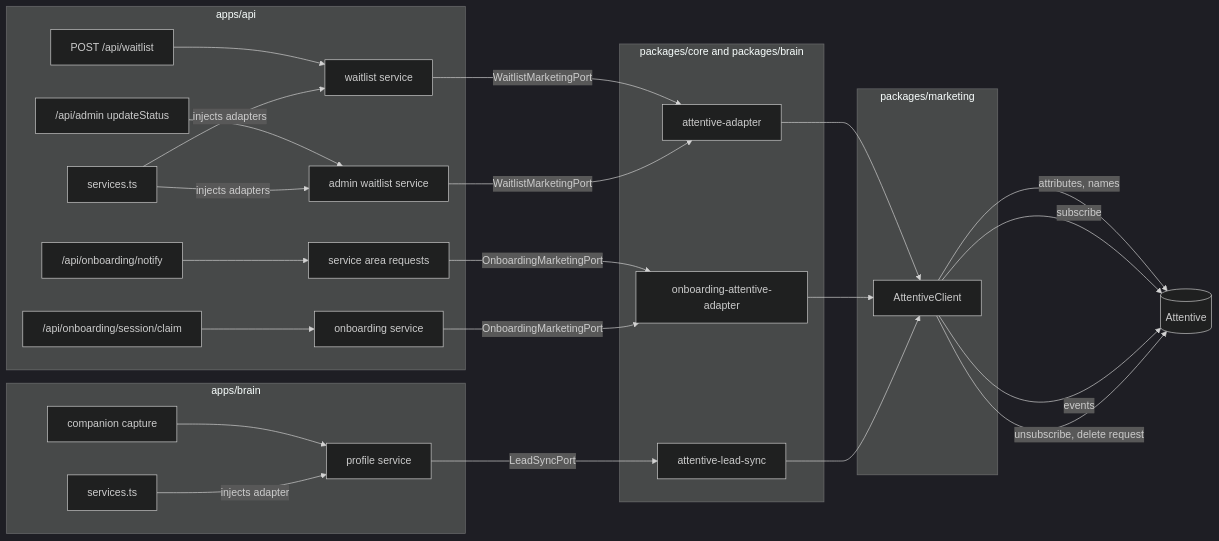
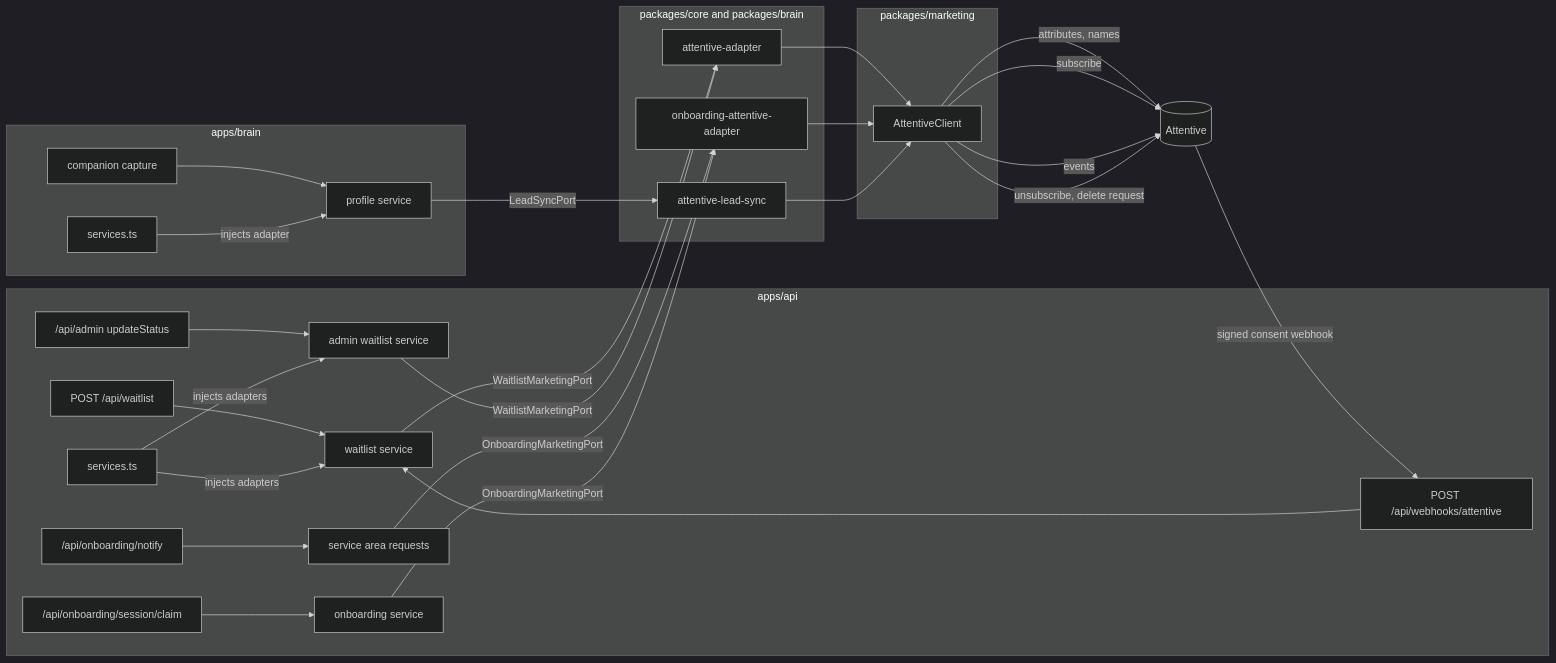
The diagram in docs/marketing/01-attentive.md (Joice-Health/Joice), drawn with Mermaid (dark theme) before and after one commit. The commit also changed other lines of this file and 17 other files, not shown here.

````diff
--- a/docs/marketing/01-attentive.md
+++ b/docs/marketing/01-attentive.md
@@ -17,31 +17,33 @@
 ```mermaid
 flowchart LR
     subgraph apps/api
         R["POST /api/waitlist"] --> S[waitlist service]
         AD["/api/admin updateStatus"] --> AS[admin waitlist service]
         NM["/api/onboarding/notify"] --> SR[service area requests]
         CL["/api/onboarding/session/claim"] --> OS[onboarding service]
+        HK["POST /api/webhooks/attentive"] --> S
         W[services.ts] -- injects adapters --> S
         W -- injects adapters --> AS
     end
     subgraph apps/brain
         CH[companion capture] --> PS[profile service]
         BW[services.ts] -- injects adapter --> PS
     end
     subgraph packages/core and packages/brain
         S -- WaitlistMarketingPort --> A1[attentive-adapter]
         AS -- WaitlistMarketingPort --> A1
         SR -- OnboardingMarketingPort --> A2[onboarding-attentive-adapter]
         OS -- OnboardingMarketingPort --> A2
         PS -- LeadSyncPort --> A3[attentive-lead-sync]
     end
     subgraph packages/marketing
         A1 --> C[AttentiveClient]
         A2 --> C
         A3 --> C
     end
     C -->|attributes, names| K[(Attentive)]
     C -->|subscribe| K
     C -->|events| K
     C -->|unsubscribe, delete request| K
+    K -->|signed consent webhook| HK
 ```
````
